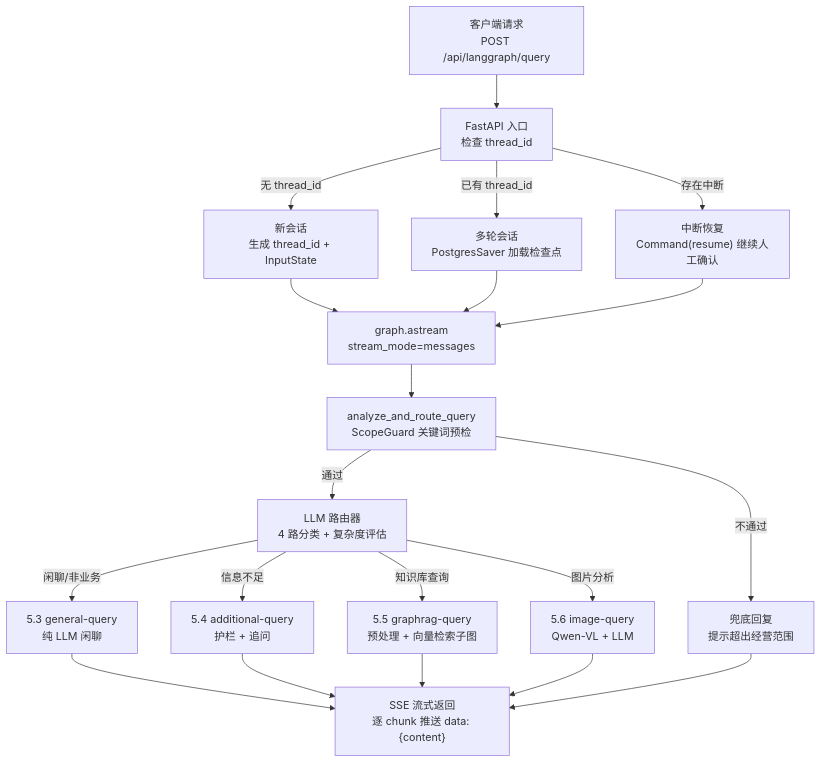
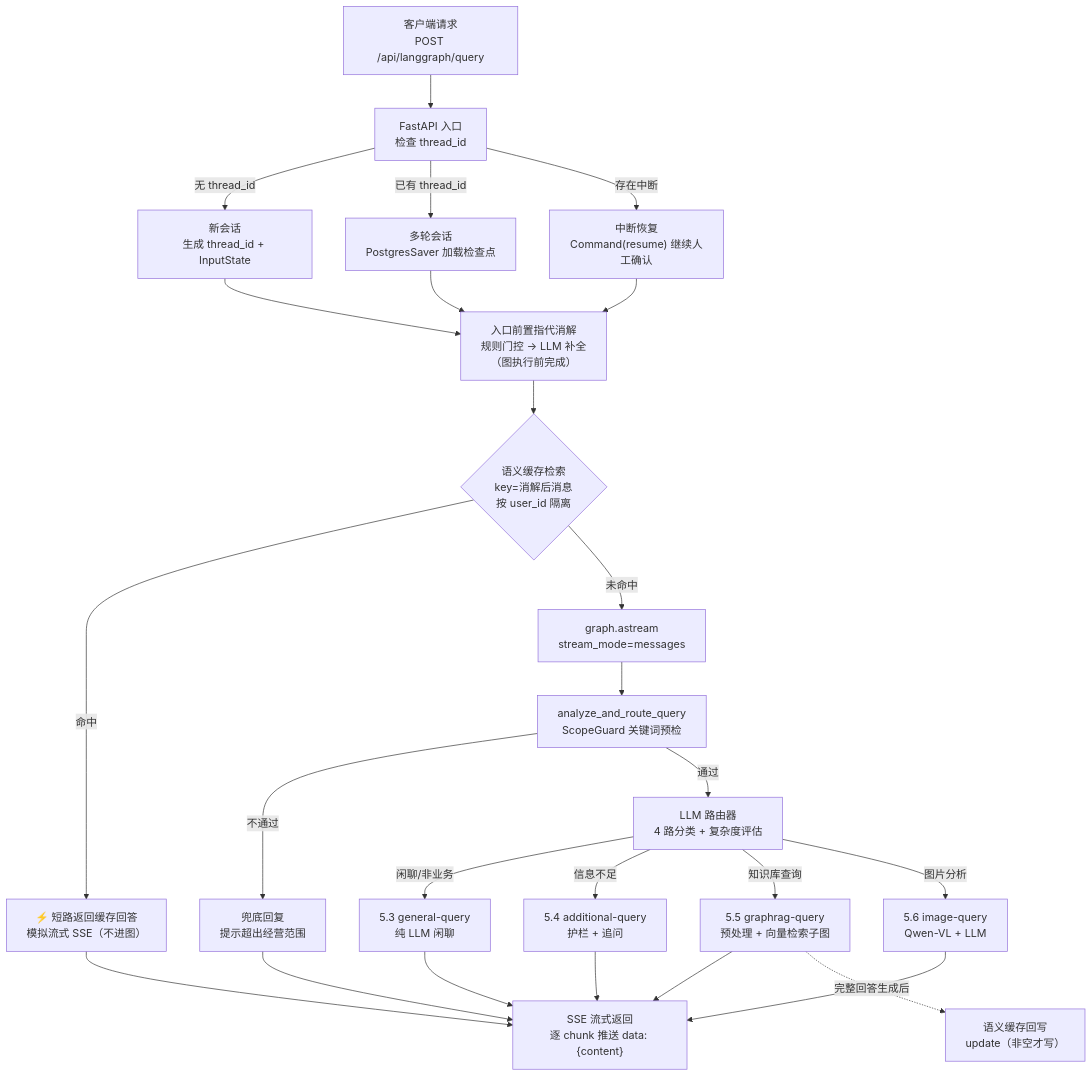
The seventh of 14 diagrams in docs/PROJECT_ANALYSIS.md (blowt16/SmartCS-Agent), drawn with Mermaid before and after one commit. The commit also changed other lines of this file, not shown here.

First line of the commit message:
[docs] PROJECT_ANALYSIS 流程图同步入口缓存前置：语义缓存改树形决策图

````diff
--- a/docs/PROJECT_ANALYSIS.md
+++ b/docs/PROJECT_ANALYSIS.md
@@ -461,26 +450,32 @@
 ```mermaid
 flowchart TD
     C["客户端请求<br/>POST /api/langgraph/query"]
     C --> API["FastAPI 入口<br/>检查 thread_id"]
     API -->|"无 thread_id"| NEW["新会话<br/>生成 thread_id + InputState"]
     API -->|"已有 thread_id"| CTD["多轮会话<br/>PostgresSaver 加载检查点"]
     API -->|"存在中断"| RSM["中断恢复<br/>Command(resume) 继续人工确认"]
-    NEW --> STREAM["graph.astream<br/>stream_mode=messages"]
-    CTD --> STREAM
-    RSM --> STREAM
+    NEW --> RESOLVE["入口前置指代消解<br/>规则门控 → LLM 补全<br/>（图执行前完成）"]
+    CTD --> RESOLVE
+    RSM --> RESOLVE
+
+    RESOLVE --> CACHE{"语义缓存检索<br/>key=消解后消息<br/>按 user_id 隔离"}
+    CACHE -->|"命中"| HIT["⚡ 短路返回缓存回答<br/>模拟流式 SSE（不进图）"]
+    CACHE -->|"未命中"| STREAM["graph.astream<br/>stream_mode=messages"]
+    HIT --> SSE
 
     STREAM --> SG["analyze_and_route_query<br/>ScopeGuard 关键词预检"]
     SG -->|"不通过"| GQ["兜底回复<br/>提示超出经营范围"]
     SG -->|"通过"| RT["LLM 路由器<br/>4 路分类 + 复杂度评估"]
 
     RT -->|"闲聊/非业务"| GEN["5.3 general-query<br/>纯 LLM 闲聊"]
     RT -->|"信息不足"| ADD["5.4 additional-query<br/>护栏 + 追问"]
     RT -->|"知识库查询"| KG["5.5 graphrag-query<br/>预处理 + 向量检索子图"]
     RT -->|"图片分析"| IMG["5.6 image-query<br/>Qwen-VL + LLM"]
 
     GEN --> SSE["SSE 流式返回<br/>逐 chunk 推送 data: {content}"]
     ADD --> SSE
     KG --> SSE
     IMG --> SSE
     GQ --> SSE
+    KG -.->|"完整回答生成后"| WRITEBACK["语义缓存回写<br/>update（非空才写）"]
 ```
````
